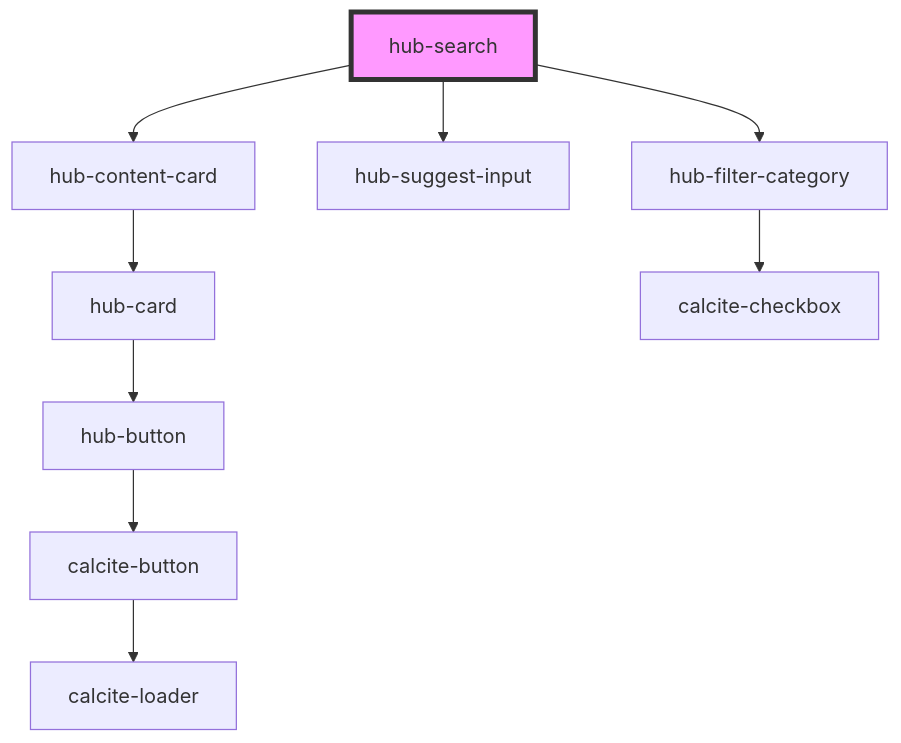
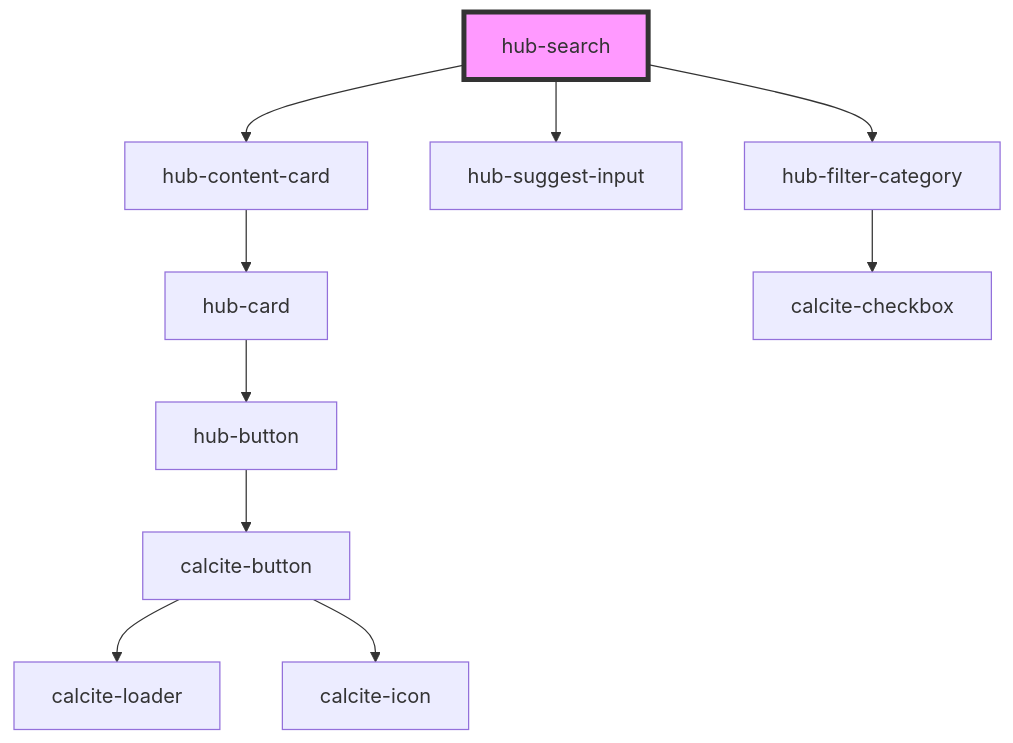
One commit to esridc/hub-components-experiments changed the diagram in src/components/hub-search/readme.md. Above: the diagram before and after it, drawn with Mermaid. The commit also changed 7 other files, not shown here.

````diff
--- a/src/components/hub-search/readme.md
+++ b/src/components/hub-search/readme.md
@@ -26,12 +26,13 @@
 ```mermaid
 graph TD;
   hub-search --> hub-content-card
   hub-search --> hub-suggest-input
   hub-search --> hub-filter-category
   hub-content-card --> hub-card
   hub-card --> hub-button
   hub-button --> calcite-button
   calcite-button --> calcite-loader
+  calcite-button --> calcite-icon
   hub-filter-category --> calcite-checkbox
   style hub-search fill:#f9f,stroke:#333,stroke-width:4px
 ```
````
